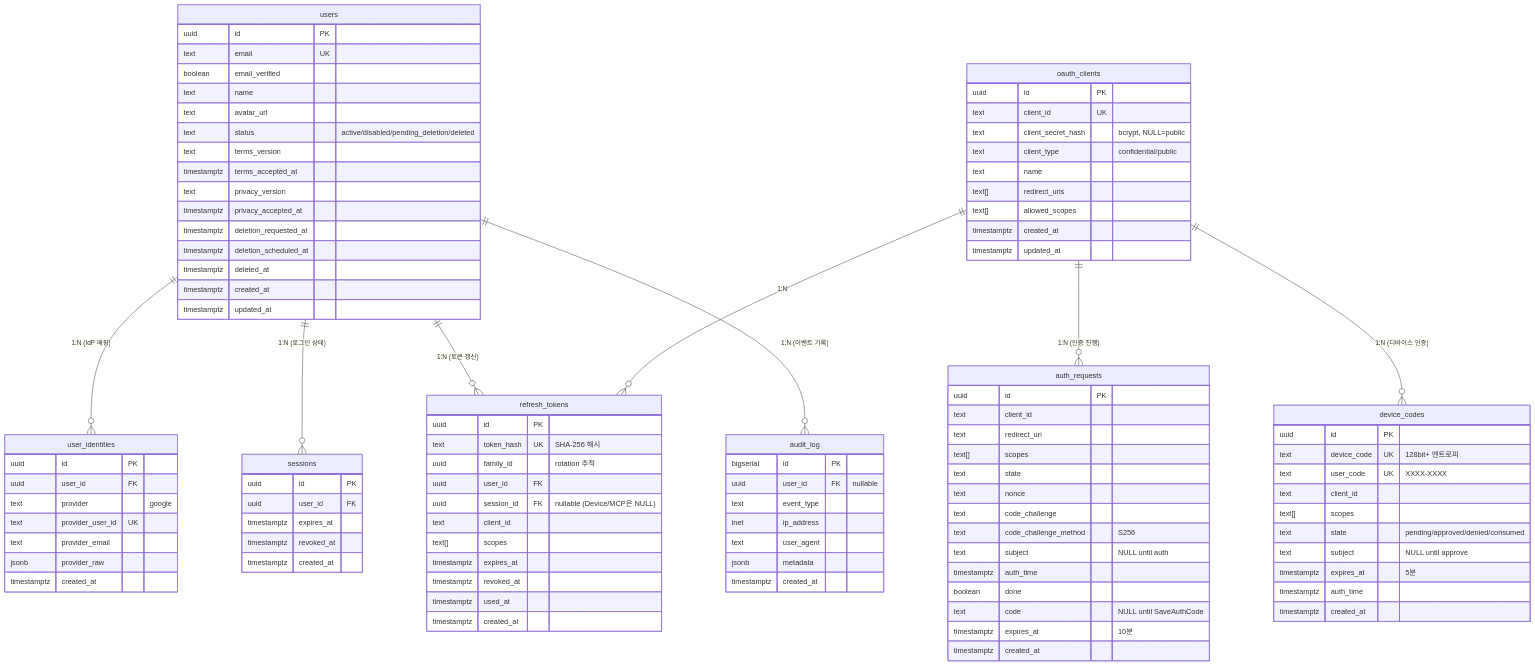
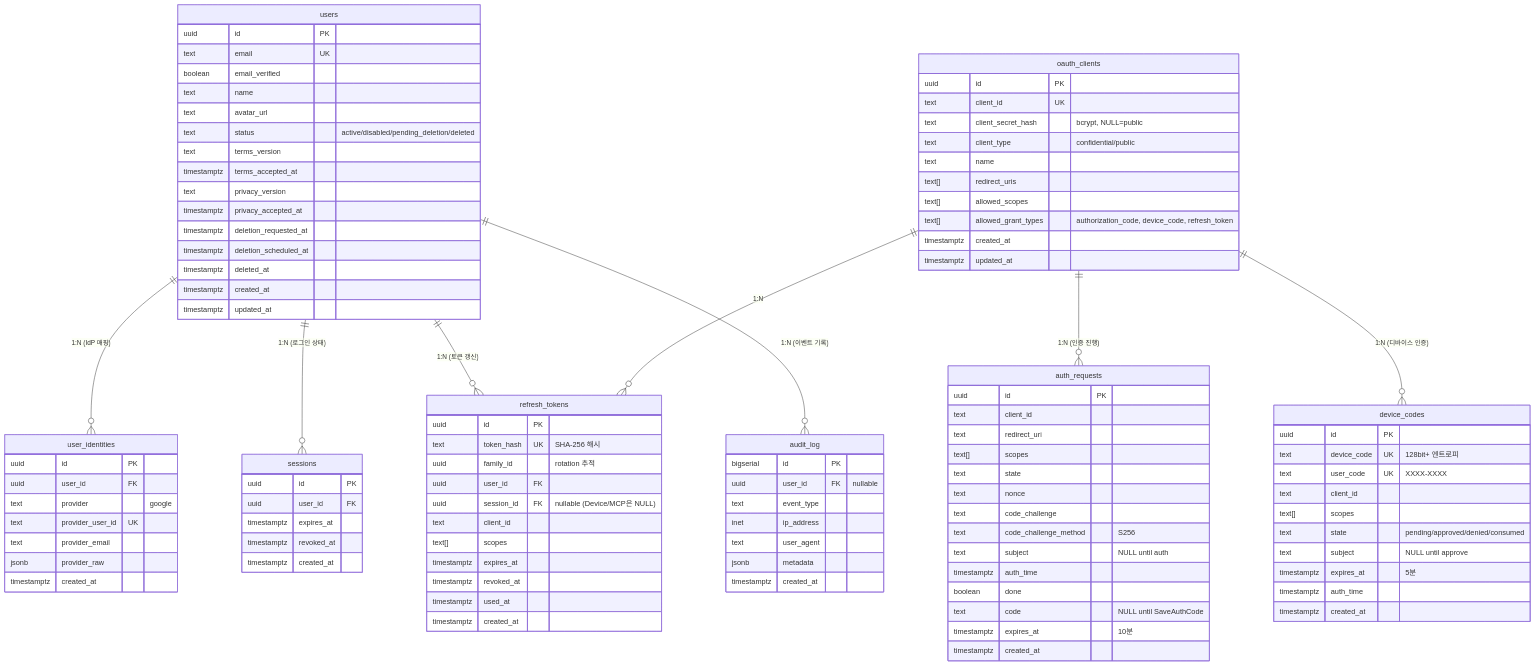
Before and after one commit to cagojeiger/authgate: the diagram in docs/spec/007-data-model.md, drawn with Mermaid. The commit also changed 2 other files, not shown here.

Commit message:
docs: fix 3 remaining data model gaps
- Add allowed_grant_types column to oauth_clients (Spec 007)
  Closes gap where Spec 003 assumed grant_type restriction but
  schema had no storage for it
- Add avatar_url to signup data (Spec 001)
  Maps Google picture field to users.avatar_url, consistent with
  schema (Spec 007) and PII scrubbing (Spec 006)
- Add Token/Session Cleanup section to Spec 005
  Defines hard-delete procedures for revoked/expired refresh_tokens
  (30-day retention for reuse detection), expired sessions, and
  temporary data (auth_requests, device_codes)

```diff
--- a/docs/spec/007-data-model.md
+++ b/docs/spec/007-data-model.md
@@ -75,6 +75,7 @@
         text name
         text[] redirect_uris
         text[] allowed_scopes
+        text[] allowed_grant_types "authorization_code, device_code, refresh_token"
         timestamptz created_at
         timestamptz updated_at
     }
```
